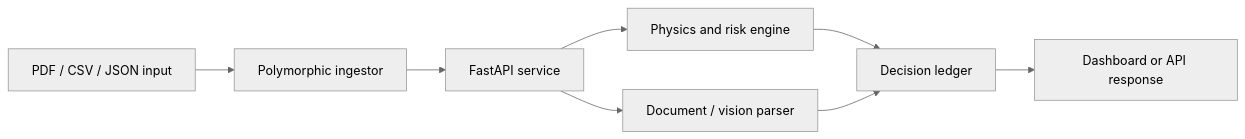
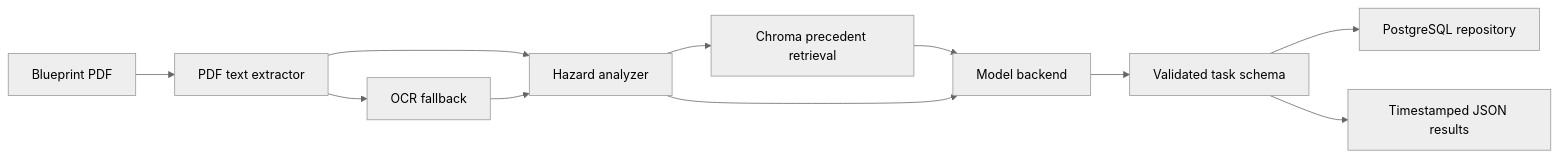
Before and after one commit to Siddhantdamre/Cons.trukt: the diagram in README.md, drawn with Mermaid (neutral theme). The commit also changed other lines of this file and 50 other files, not shown here.

````diff
--- a/README.md
+++ b/README.md
@@ -33,10 +46,13 @@
 ```mermaid
 flowchart LR
-    A[PDF / CSV / JSON input] --> B[Polymorphic ingestor]
-    B --> C[FastAPI service]
-    C --> D[Physics and risk engine]
-    C --> E[Document / vision parser]
-    D --> F[Decision ledger]
-    E --> F
-    F --> G[Dashboard or API response]
+    A[Blueprint PDF] --> B[PDF text extractor]
+    B --> C[OCR fallback]
+    B --> D[Hazard analyzer]
+    C --> D
+    D --> E[Chroma precedent retrieval]
+    E --> F[Model backend]
+    D --> F
+    F --> G[Validated task schema]
+    G --> H[PostgreSQL repository]
+    G --> I[Timestamped JSON results]
 ```
````
